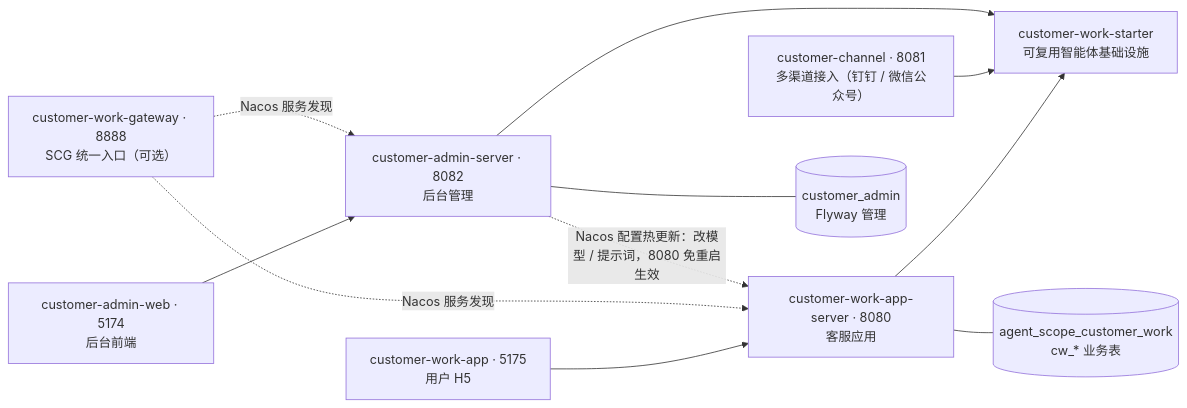
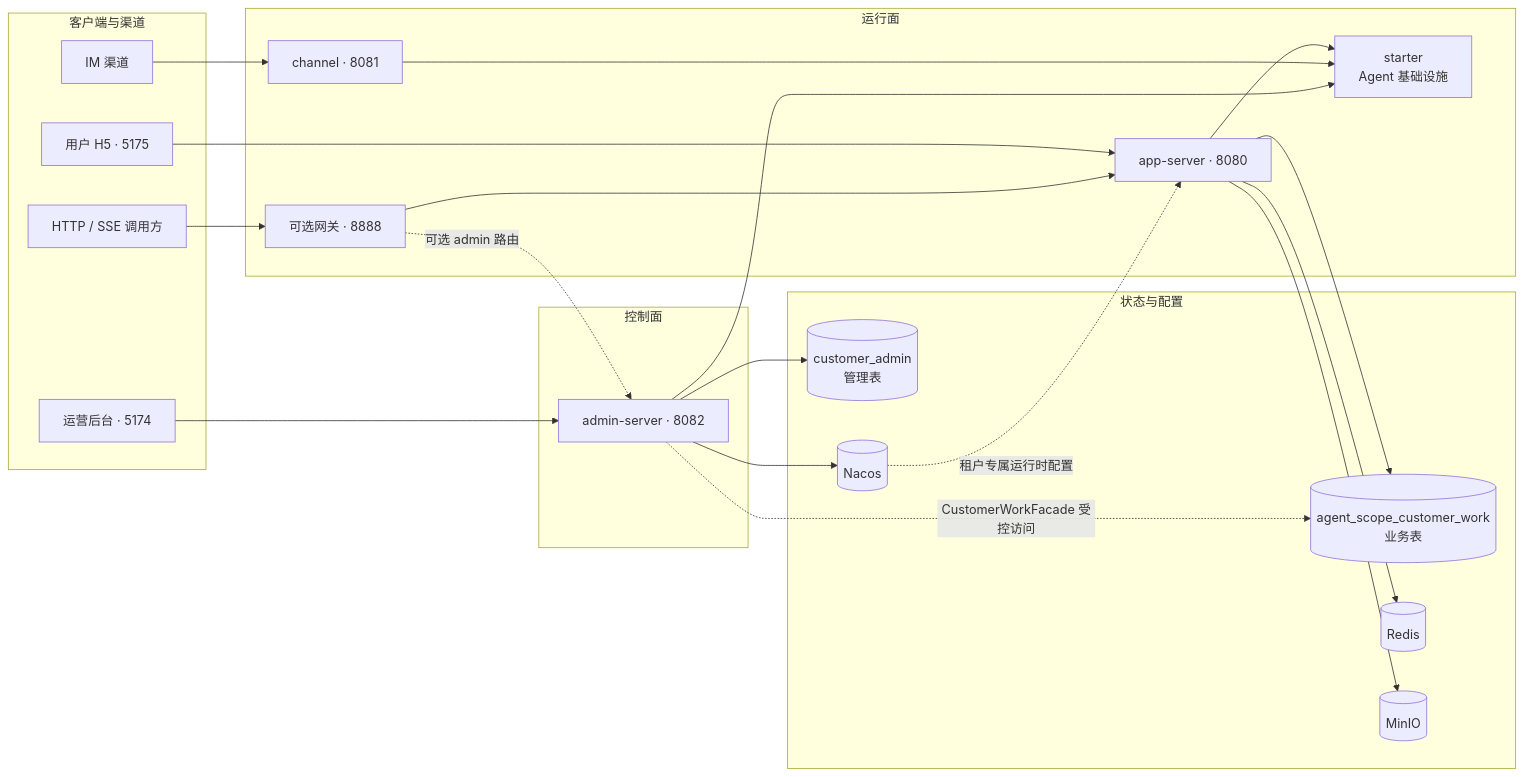
Before and after one commit to liulangjietou/customer_work: the first of 7 diagrams in README.md, drawn with Mermaid. The commit also changed other lines of this file and 5 other files, not shown here.

````diff
--- a/README.md
+++ b/README.md
@@ -56,13 +92,42 @@
 ```mermaid
 flowchart LR
-    APPFE["customer-work-app · 5175<br/>用户 H5"] --> APPSRV
-    ADMINFE["customer-admin-web · 5174<br/>后台前端"] --> ADMSRV
-    GW["customer-work-gateway · 8888<br/>SCG 统一入口（可选）"] -.->|Nacos 服务发现| APPSRV & ADMSRV
-    APPSRV["customer-work-app-server · 8080<br/>客服应用"] --> ST
-    CH["customer-channel · 8081<br/>多渠道接入（钉钉 / 微信公众号）"] --> ST
-    ADMSRV["customer-admin-server · 8082<br/>后台管理"] --> ST
-    ST["customer-work-starter<br/>可复用智能体基础设施"]
-    APPSRV --- DBA[("agent_scope_customer_work<br/>cw_* 业务表")]
-    ADMSRV --- DBB[("customer_admin<br/>Flyway 管理")]
-    ADMSRV -.->|"Nacos 配置热更新：改模型 / 提示词，8080 免重启生效"| APPSRV
+    subgraph CLIENT["客户端与渠道"]
+        H5["用户 H5 · 5175"]
+        OPEN["HTTP / SSE 调用方"]
+        IM["IM 渠道"]
+        ADMINWEB["运营后台 · 5174"]
+    end
+
+    subgraph RUNTIME["运行面"]
+        GW["可选网关 · 8888"]
+        APP["app-server · 8080"]
+        CHANNEL["channel · 8081"]
+        STARTER["starter<br/>Agent 基础设施"]
+    end
+
+    subgraph CONTROL["控制面"]
+        ADMIN["admin-server · 8082"]
+    end
+
+    subgraph STATE["状态与配置"]
+        CWDB[("agent_scope_customer_work<br/>业务表")]
+        ADMINDB[("customer_admin<br/>管理表")]
+        REDIS[("Redis")]
+        MINIO[("MinIO")]
+        NACOS[("Nacos")]
+    end
+
+    H5 --> APP
+    OPEN --> GW --> APP
+    IM --> CHANNEL
+    ADMINWEB --> ADMIN
+    APP --> STARTER
+    CHANNEL --> STARTER
+    ADMIN --> STARTER
+    APP --> CWDB & REDIS & MINIO
+    GW -. "可选 admin 路由" .-> ADMIN
+    ADMIN --> ADMINDB
+    ADMIN -. "CustomerWorkFacade 受控访问" .-> CWDB
+    ADMIN --> NACOS
+    NACOS -. "租户专属运行时配置" .-> APP
 ```
````
